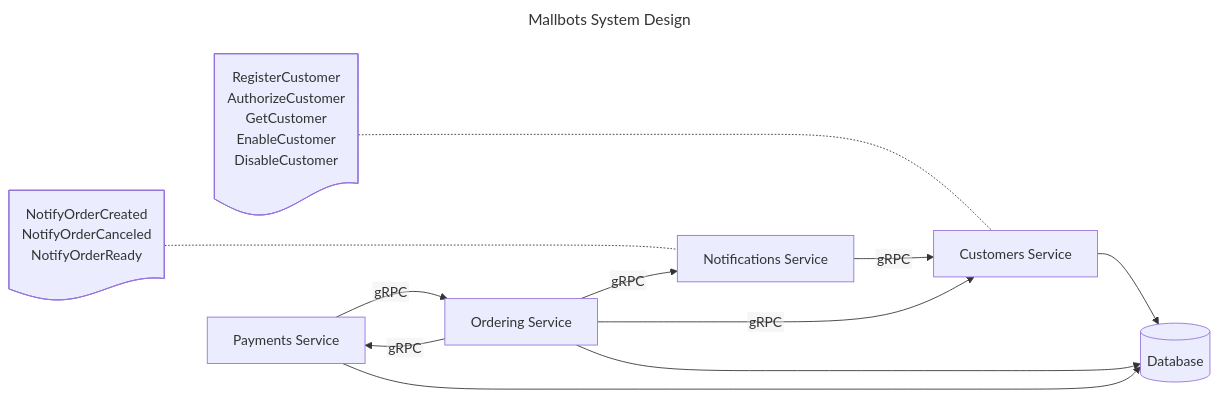
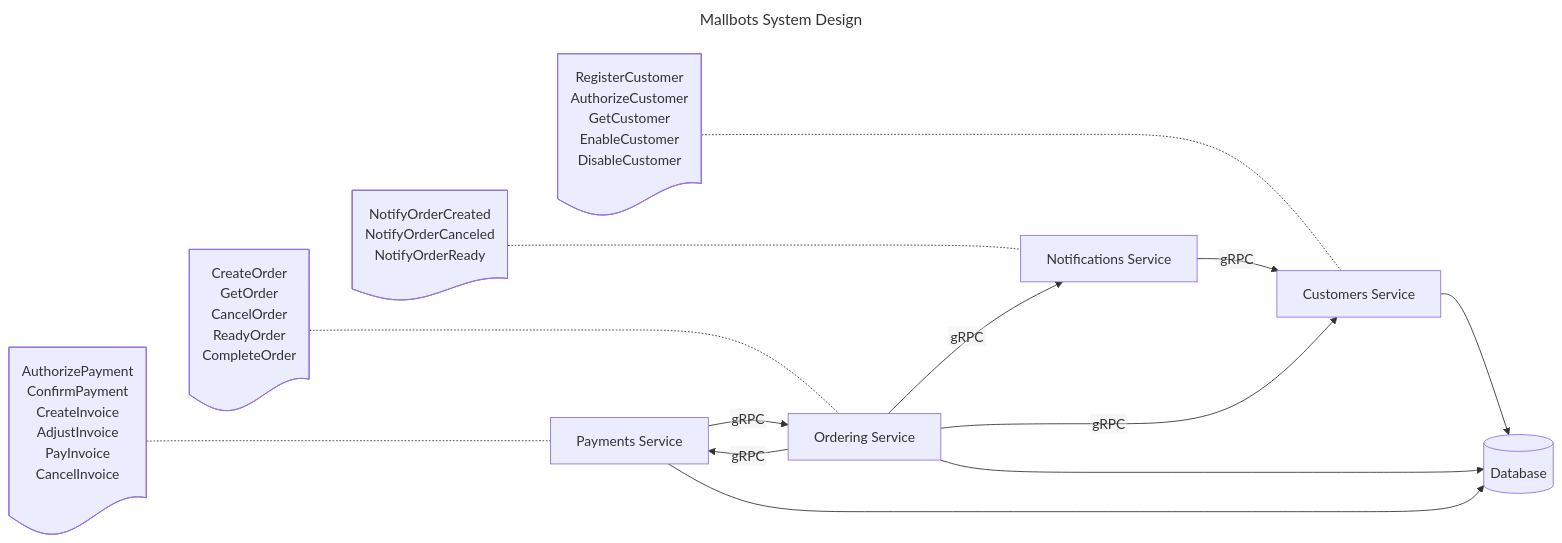
The diagram in README.md (cuongpiger/mallbots), drawn with Mermaid before and after one commit.

Commit message:
docs: system designs

````diff
--- a/README.md
+++ b/README.md
@@ -20,41 +20,60 @@
 ```mermaid
 ---
 title: Mallbots System Design
 
 config:
   flowchart:
     htmlLabels: false
 ---
 flowchart LR
   customers[Customers Service]
   notifications[Notifications Service]
   payments[Payments Service]
   ordering[Ordering Service]
   database[(Database)]
 
   customers_doc["
   RegisterCustomer
   AuthorizeCustomer
   GetCustomer
   EnableCustomer
   DisableCustomer
   "]@{ shape: doc }
 
   notifications_doc["
   NotifyOrderCreated
   NotifyOrderCanceled
   NotifyOrderReady
   "]@{ shape: doc }
 
+  payments_doc["
+  AuthorizePayment
+  ConfirmPayment
+  CreateInvoice
+  AdjustInvoice
+  PayInvoice
+  CancelInvoice
+  "]@{ shape: doc }
+
+  ordering_doc["
+  CreateOrder
+  GetOrder
+  CancelOrder
+  ReadyOrder
+  CompleteOrder
+  "]@{ shape: doc }
+
   customers_doc -...- customers
   notifications_doc -...- notifications
+  payments_doc -...- payments
+  ordering_doc -...- ordering
 
   notifications -->|gRPC| customers
   customers --> database
   ordering -->|gRPC| notifications
   ordering -->|gRPC| customers
   ordering -->|gRPC| payments
   ordering --> database
   payments -->|gRPC| ordering
   payments --> database
 ```
````
